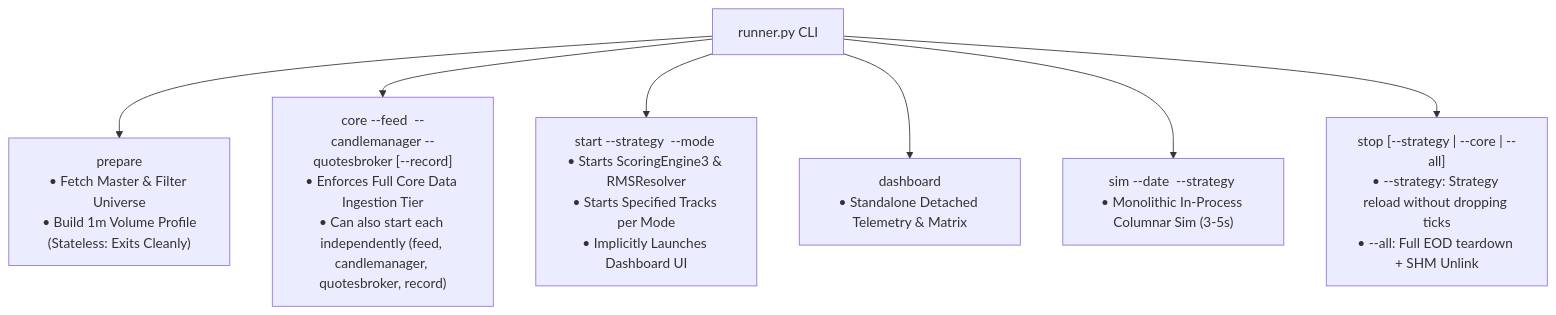
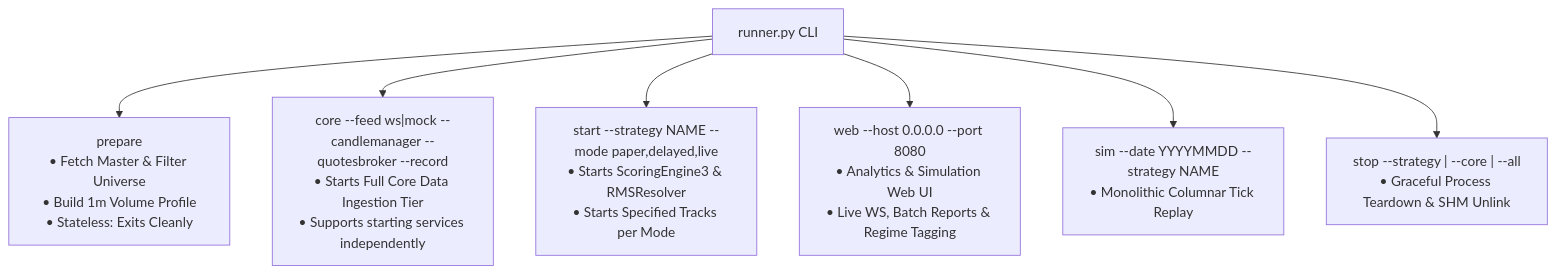
Before and after one commit to greywind7/NSE-options-screener-and-automated-trading-system: the fourth of 4 diagrams in docs/sys/LOW_LEVEL_DESIGN_2_0.md, drawn with Mermaid. The commit also changed other lines of this file and 36 other files, not shown here.

````diff
--- a/docs/sys/LOW_LEVEL_DESIGN_2_0.md
+++ b/docs/sys/LOW_LEVEL_DESIGN_2_0.md
@@ -1022,9 +1024,9 @@
 ```mermaid
 flowchart TD
-    CLI["runner.py CLI"] --> CMD_PREP["prepare<br/>• Fetch Master & Filter Universe<br/>• Build 1m Volume Profile<br/>(Stateless: Exits Cleanly)"]
-    CLI --> CMD_CORE["core --feed <ws|mock> --candlemanager --quotesbroker [--record]<br/>• Enforces Full Core Data Ingestion Tier<br/>• Can also start each independently (feed, candlemanager, quotesbroker, record)"]
-    CLI --> CMD_START["start --strategy <name> --mode <paper,delayed,live><br/>• Starts ScoringEngine3 & RMSResolver<br/>• Starts Specified Tracks per Mode<br/>• Implicitly Launches Dashboard UI"]
-    CLI --> CMD_DASH["dashboard<br/>• Standalone Detached Telemetry & Matrix"]
-    CLI --> CMD_SIM["sim --date <YYYYMMDD> --strategy <name><br/>• Monolithic In-Process Columnar Sim (3-5s)"]
-    CLI --> CMD_STOP["stop [--strategy | --core | --all]<br/>• --strategy: Strategy reload without dropping ticks<br/>• --all: Full EOD teardown + SHM Unlink"]
+    CLI["runner.py CLI"] --> CMD_PREP["prepare\n• Fetch Master & Filter Universe\n• Build 1m Volume Profile\n• Stateless: Exits Cleanly"]
+    CLI --> CMD_CORE["core --feed ws|mock --candlemanager --quotesbroker --record\n• Starts Full Core Data Ingestion Tier\n• Supports starting services independently"]
+    CLI --> CMD_START["start --strategy NAME --mode paper,delayed,live\n• Starts ScoringEngine3 & RMSResolver\n• Starts Specified Tracks per Mode"]
+    CLI --> CMD_WEB["web --host 0.0.0.0 --port 8080\n• Analytics & Simulation Web UI\n• Live WS, Batch Reports & Regime Tagging"]
+    CLI --> CMD_SIM["sim --date YYYYMMDD --strategy NAME\n• Monolithic Columnar Tick Replay"]
+    CLI --> CMD_STOP["stop --strategy | --core | --all\n• Graceful Process Teardown & SHM Unlink"]
 ```
````
